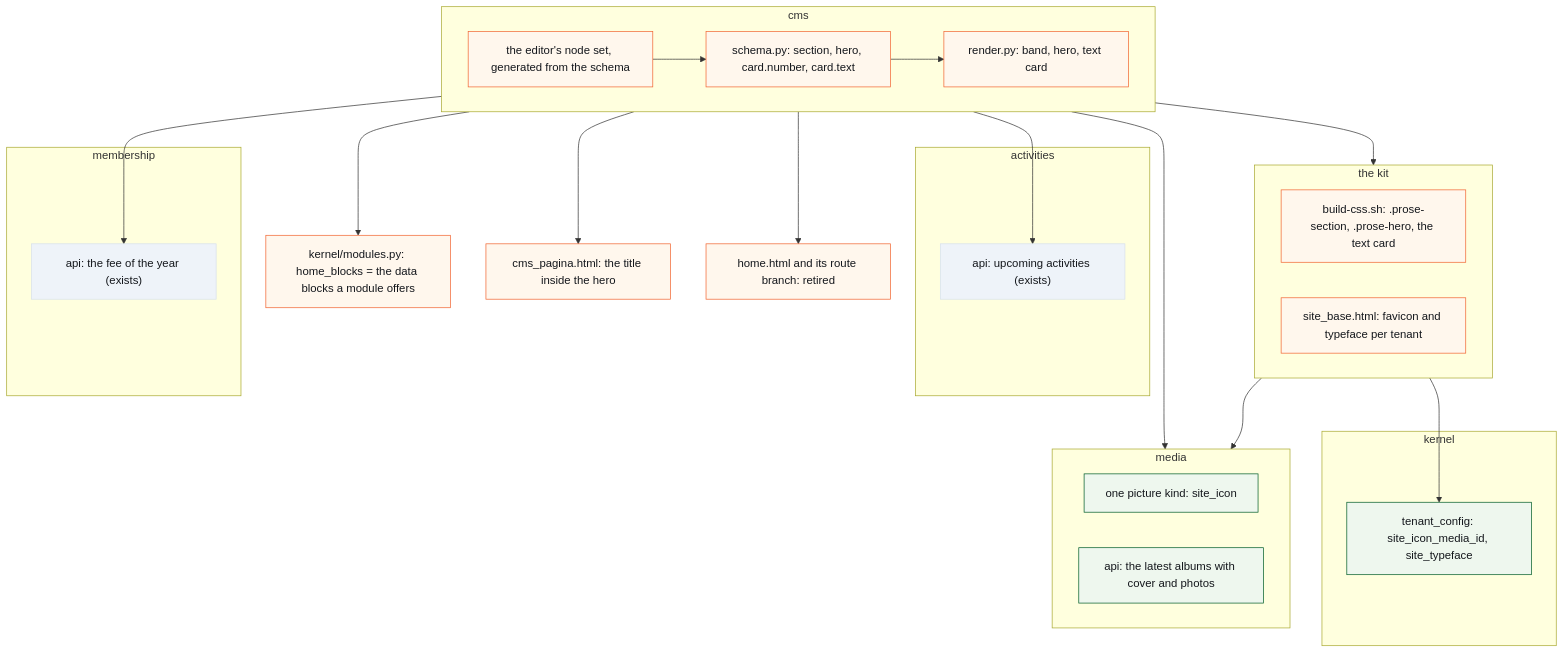
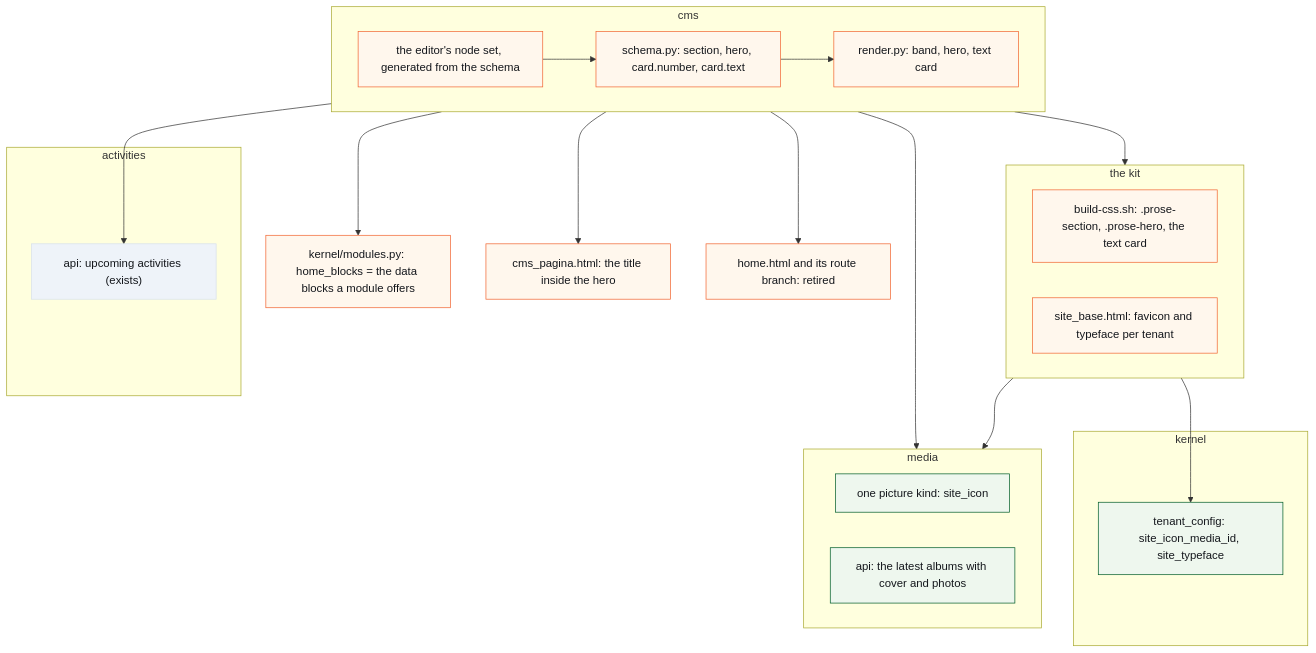
The third of 3 diagrams in docs/change_request_32_sections_cards_and_own_look.md (KoenRenders/KoenTest), drawn with Mermaid before and after one commit. The commit also changed other lines of this file, not shown here.

First line of the commit message:
docs(cr-32): the site is the tenant iX (Koen, 15 October 2026); the membership band from existing blocks, no data block; B8.9 the switching button

````diff
--- a/docs/change_request_32_sections_cards_and_own_look.md
+++ b/docs/change_request_32_sections_cards_and_own_look.md
@@ -188,46 +188,42 @@
 ```mermaid
 flowchart TB
   subgraph CMS["cms"]
     direction LR
     SCH["schema.py: section, hero, card.number, card.text"]
     REN["render.py: band, hero, text card"]
     ED["the editor's node set, generated from the schema"]
   end
   subgraph KIT["the kit"]
     direction LR
     CSS["build-css.sh: .prose-section, .prose-hero, the text card"]
     SHELL["site_base.html: favicon and typeface per tenant"]
   end
   subgraph KERNEL["kernel"]
     TC["tenant_config: site_icon_media_id, site_typeface"]
   end
   subgraph MEDIA["media"]
     direction LR
     KIND["one picture kind: site_icon"]
     ALB["api: the latest albums with cover and photos"]
   end
   subgraph ACT["activities"]
     ACTAPI["api: upcoming activities (exists)"]
   end
-  subgraph MEM["membership"]
-    MEMAPI["api: the fee of the year (exists)"]
-  end
   REG["kernel/modules.py: home_blocks = the data blocks a module offers"]
   TPL["cms_pagina.html: the title inside the hero"]
   HOME["home.html and its route branch: retired"]
   ED --> SCH --> REN --> CSS
   SHELL --> TC
   SHELL --> KIND
   REN --> TPL
   REN --> ALB
   REN --> ACTAPI
-  REN --> MEMAPI
   ED --> REG
   REN --> HOME
   classDef new fill:#eef7ee,stroke:#005d29,color:#14171c;
   classDef changed fill:#fff7ed,stroke:#f16532,color:#14171c;
   classDef unchanged fill:#eef3f9,stroke:#d7e0ec,color:#14171c;
   class TC,KIND,ALB new
   class SCH,REN,ED,CSS,SHELL,TPL,REG,HOME changed
-  class ACTAPI,MEMAPI unchanged
+  class ACTAPI unchanged
 ```
````
